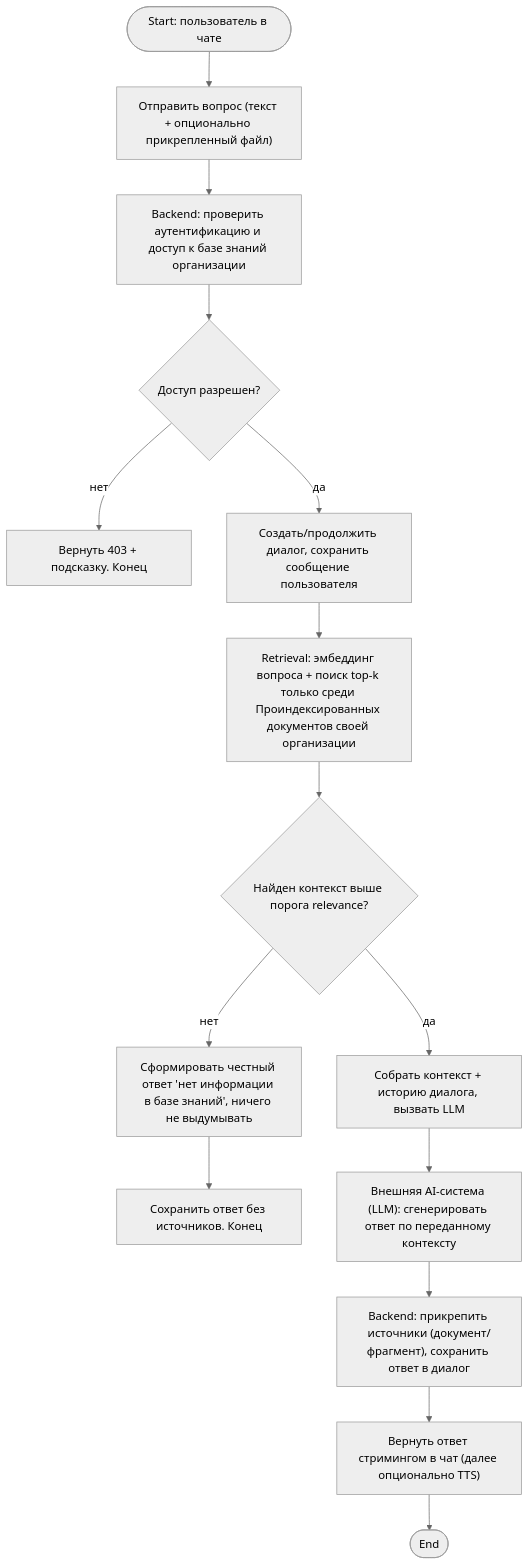
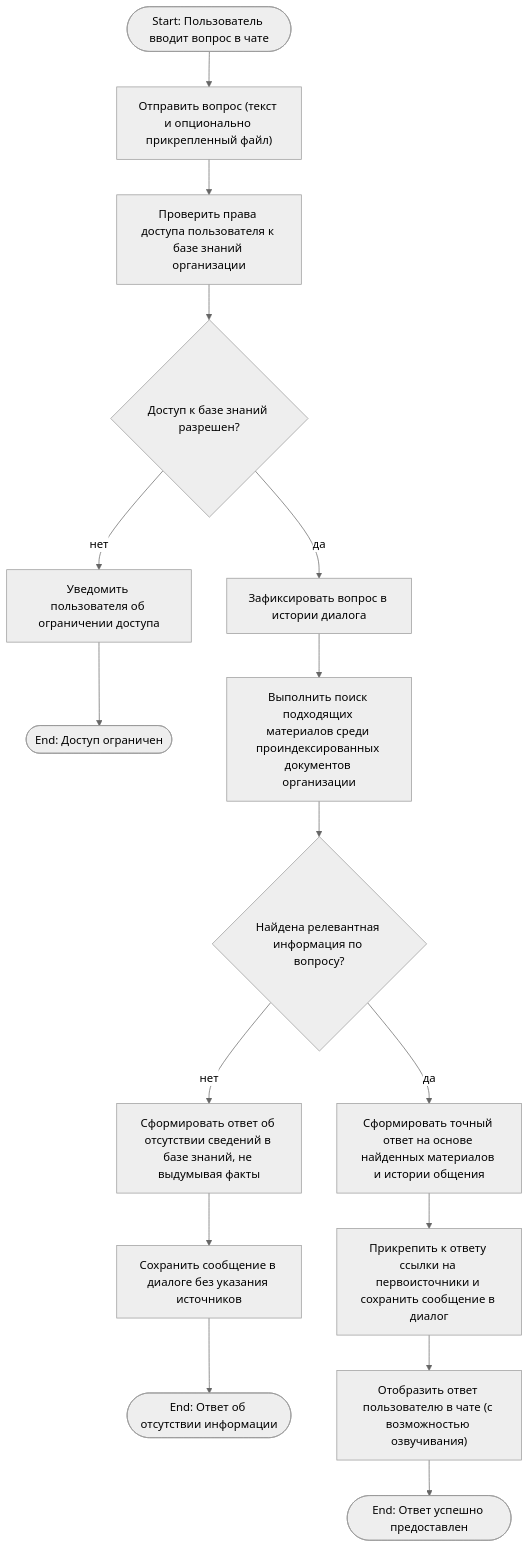
The first of 3 diagrams in 1-task/3/README.md (adsfryt/AI-chat-knowledge-bot), drawn with Mermaid (neutral theme) before and after one commit. The commit also changed other lines of this file, not shown here.

First line of the commit message:
Задание 3: формулировки диаграмм деятельности приведены к сценариям действий

````diff
--- a/1-task/3/README.md
+++ b/1-task/3/README.md
@@ -21,17 +24,18 @@
 ```mermaid
 flowchart TD
-    S(["Start: пользователь в чате"]) --> A1["Отправить вопрос (текст + опционально прикрепленный файл)"]
-    A1 --> B1["Backend: проверить аутентификацию и доступ к базе знаний организации"]
-    B1 --> D1{"Доступ разрешен?"}
-    D1 -->|нет| E403["Вернуть 403 + подсказку. Конец"]
-    D1 -->|да| B2["Создать/продолжить диалог, сохранить сообщение пользователя"]
-    B2 --> R1["Retrieval: эмбеддинг вопроса + поиск top-k только среди Проиндексированных документов своей организации"]
-    R1 --> D2{"Найден контекст выше порога relevance?"}
-    D2 -->|нет| B3["Сформировать честный ответ 'нет информации в базе знаний', ничего не выдумывать"]
-    B3 --> B4["Сохранить ответ без источников. Конец"]
-    D2 -->|да| B5["Собрать контекст + историю диалога, вызвать LLM"]
-    B5 --> EXT1["Внешняя AI-система (LLM): сгенерировать ответ по переданному контексту"]
-    EXT1 --> B6["Backend: прикрепить источники (документ/фрагмент), сохранить ответ в диалог"]
-    B6 --> A2["Вернуть ответ стримингом в чат (далее опционально TTS)"]
-    A2 --> E(["End"])
+    S(["Start: Пользователь вводит вопрос в чате"]) --> A1["Отправить вопрос (текст и опционально прикрепленный файл)"]
+    A1 --> B1["Проверить права доступа пользователя к базе знаний организации"]
+    B1 --> D1{"Доступ к базе знаний разрешен?"}
+    D1 -->|нет| E_NO_AUTH["Уведомить пользователя об ограничении доступа"]
+    E_NO_AUTH --> E1(["End: Доступ ограничен"])
+    D1 -->|да| B2["Зафиксировать вопрос в истории диалога"]
+    B2 --> R1["Выполнить поиск подходящих материалов среди проиндексированных документов организации"]
+    R1 --> D2{"Найдена релевантная информация по вопросу?"}
+    D2 -->|нет| B3["Сформировать ответ об отсутствии сведений в базе знаний, не выдумывая факты"]
+    B3 --> B4["Сохранить сообщение в диалоге без указания источников"]
+    B4 --> E2(["End: Ответ об отсутствии информации"])
+    D2 -->|да| B5["Сформировать точный ответ на основе найденных материалов и истории общения"]
+    B5 --> B6["Прикрепить к ответу ссылки на первоисточники и сохранить сообщение в диалог"]
+    B6 --> A2["Отобразить ответ пользователю в чате (с возможностью озвучивания)"]
+    A2 --> E3(["End: Ответ успешно предоставлен"])
 ```
````
